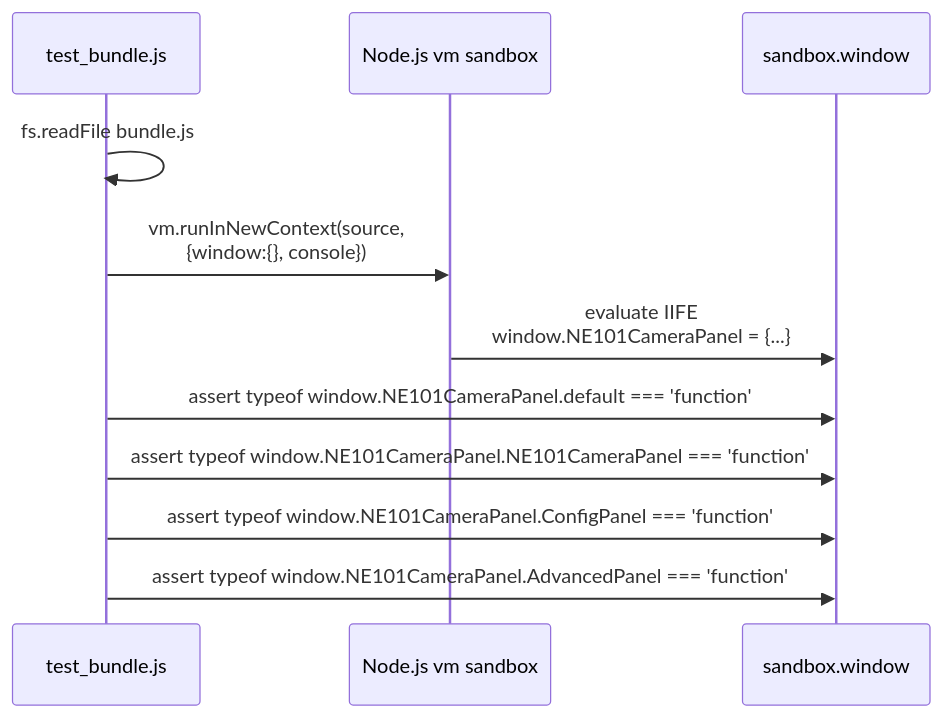
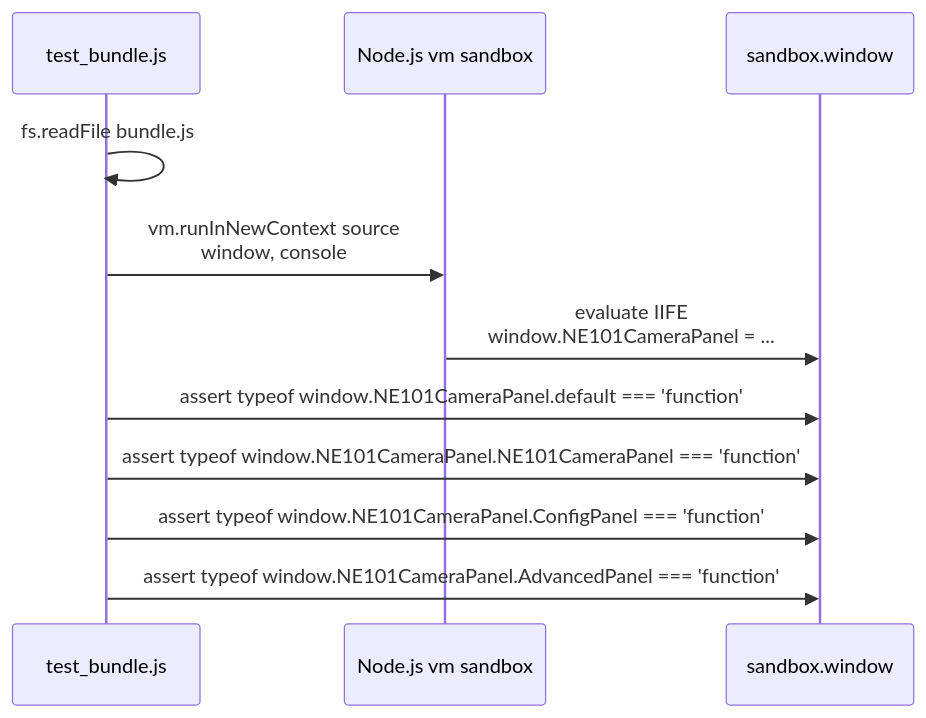
Before and after one commit to luommy/wiki-documents: the second of 6 diagrams in i18n/en/docusaurus-plugin-content-docs/current/0-neomind/developer-guide/case-studies/7-ne101-camera-component/7-integration-test.md, drawn with Mermaid. The commit also changed other lines of this file and 32 other files, not shown here.

First line of the commit message:
docs(neomind/case-studies): 修复 Mermaid 解析错误、内联枚举、NE101 虚构指令

````diff
--- a/i18n/en/docusaurus-plugin-content-docs/current/0-neomind/developer-guide/case-studies/7-ne101-camera-component/7-integration-test.md
+++ b/i18n/en/docusaurus-plugin-content-docs/current/0-neomind/developer-guide/case-studies/7-ne101-camera-component/7-integration-test.md
@@ -105,13 +105,13 @@
 ```mermaid
 sequenceDiagram
     participant T as test_bundle.js
     participant V as Node.js vm sandbox
     participant W as sandbox.window
     T->>T: fs.readFile bundle.js
-    T->>V: vm.runInNewContext(source,<br/>{window:{}, console})
-    V->>W: evaluate IIFE<br/>window.NE101CameraPanel = {...}
+    T->>V: vm.runInNewContext source<br/>window, console
+    V->>W: evaluate IIFE<br/>window.NE101CameraPanel = ...
     T->>W: assert typeof window.NE101CameraPanel.default === 'function'
     T->>W: assert typeof window.NE101CameraPanel.NE101CameraPanel === 'function'
     T->>W: assert typeof window.NE101CameraPanel.ConfigPanel === 'function'
     T->>W: assert typeof window.NE101CameraPanel.AdvancedPanel === 'function'
 ```
````
